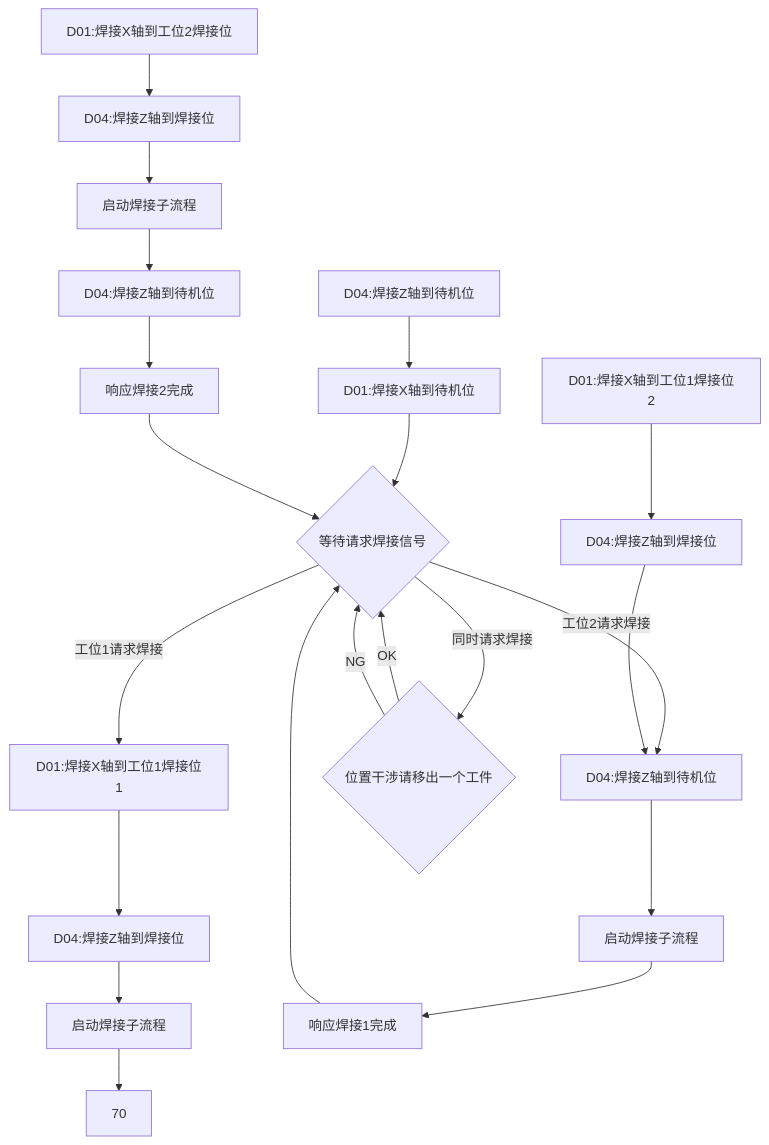
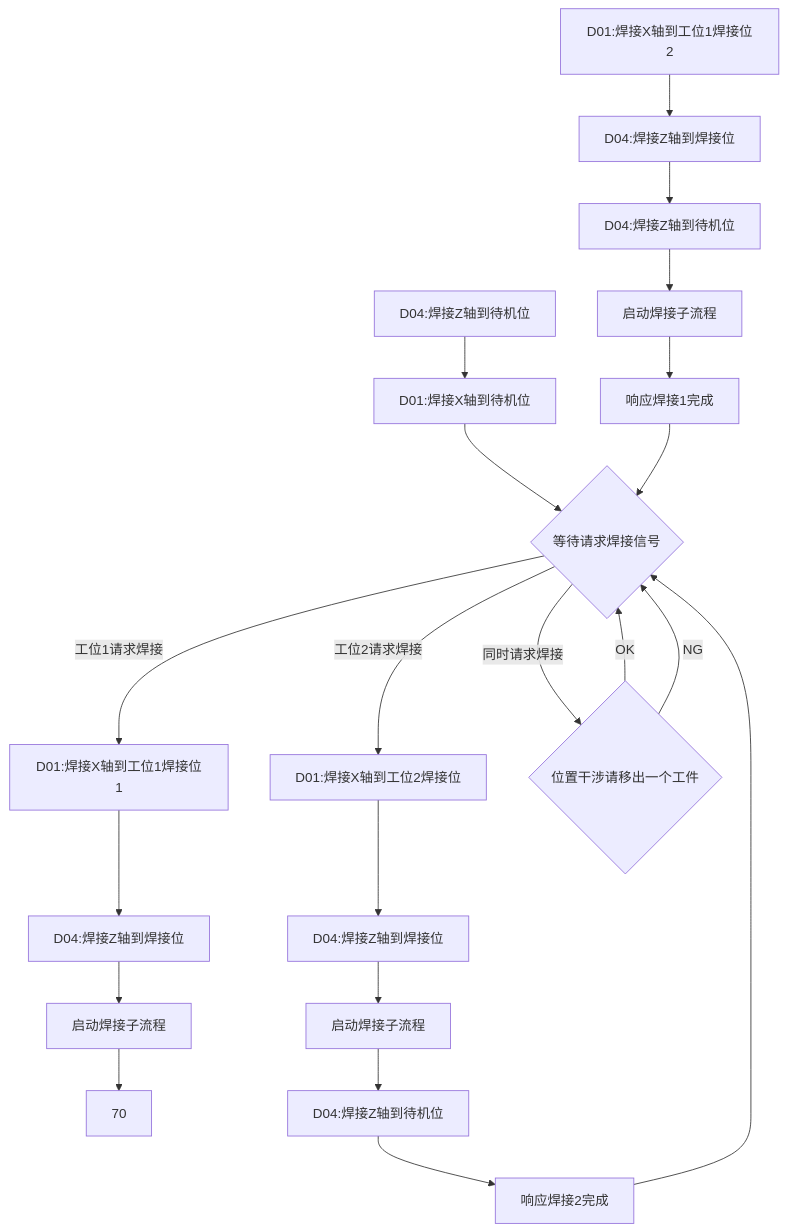
Before and after one commit to PengKun1/iodraw-files: the diagram in all/OP20-1焊接工位自动流程.md, drawn with Mermaid.

Commit message:
2024-08-07 14:10:52 update

````diff
--- a/all/OP20-1焊接工位自动流程.md
+++ b/all/OP20-1焊接工位自动流程.md
@@ -1,23 +1,23 @@
 ```mermaid
 graph TD
 10[D04:焊接Z轴到待机位]-->20
 20[D01:焊接X轴到待机位]-->30
 30{等待请求焊接信号}-->|工位1请求焊接|40
-30-->|工位2请求焊接|100
+30-->|工位2请求焊接|200
 30-->|同时请求焊接|900
 40[D01:焊接X轴到工位1焊接位1]-->50
 50[D04:焊接Z轴到焊接位]-->60
 60[启动焊接子流程]-->70
 80[D01:焊接X轴到工位1焊接位2]-->90
 90[D04:焊接Z轴到焊接位]-->100
 100[D04:焊接Z轴到待机位]-->110
 110[启动焊接子流程]-->120
 120[响应焊接1完成]-->30
 200[D01:焊接X轴到工位2焊接位]-->210
 210[D04:焊接Z轴到焊接位]-->220
 220[启动焊接子流程]-->230
-230[D04:焊接Z轴到待机位]-->140
-140[响应焊接2完成]-->30
+230[D04:焊接Z轴到待机位]-->240
+240[响应焊接2完成]-->30
 900{位置干涉请移出一个工件}-->|OK|30
 900-->|NG|30
 ```
````
